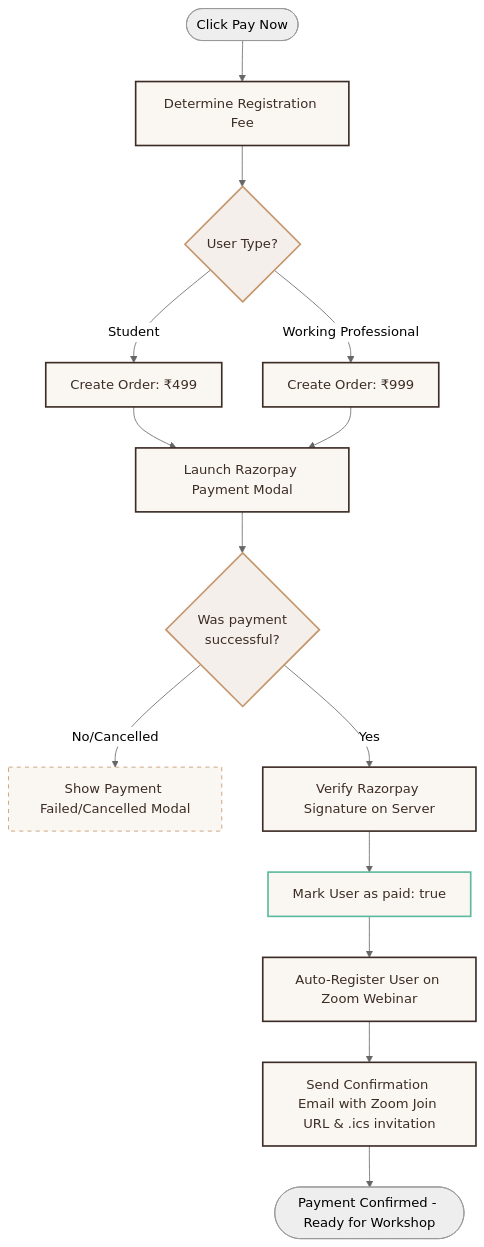
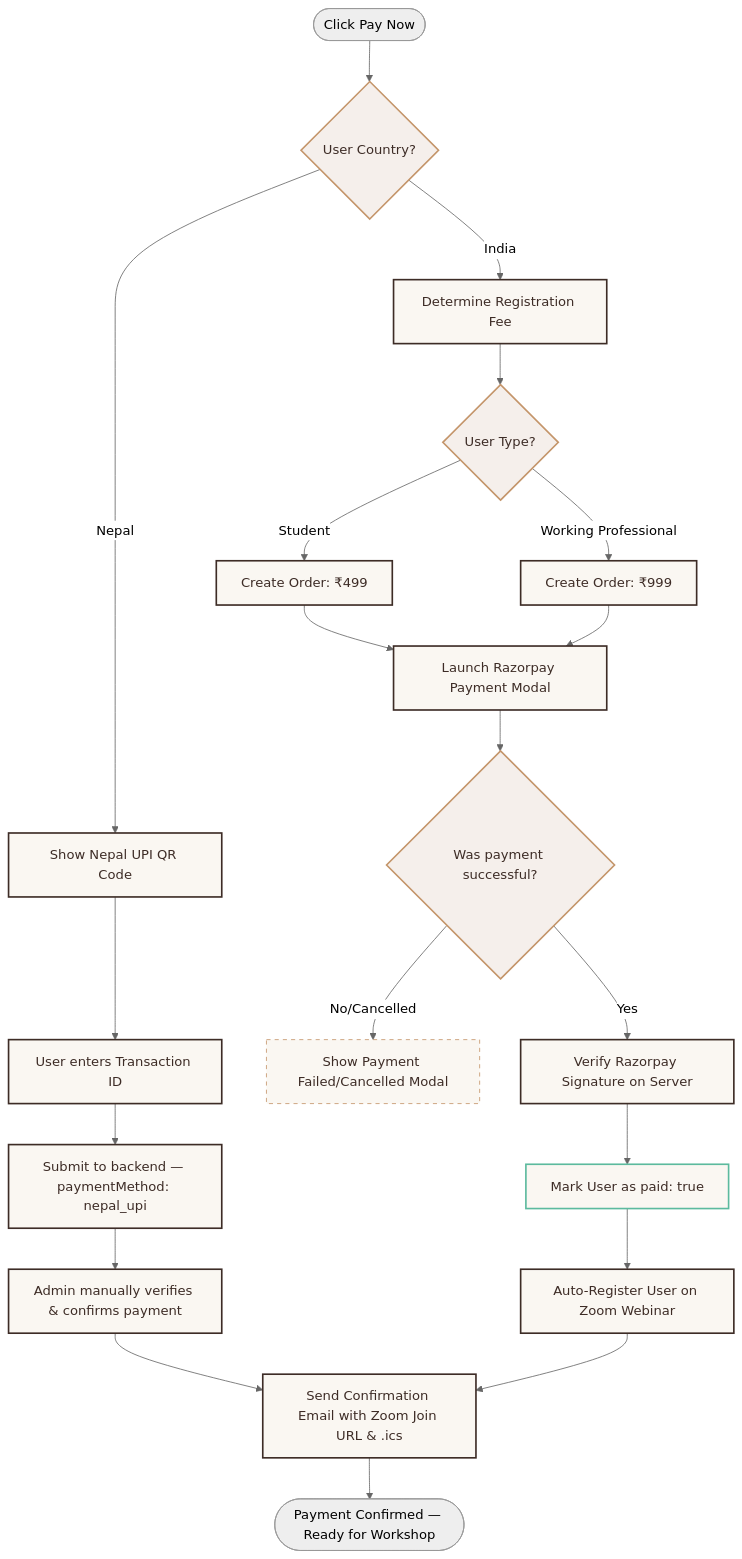
Before and after one commit to akshayaav246-collab/LeadwithAI: the third of 3 diagrams in README.md, drawn with Mermaid (neutral theme). The commit also changed other lines of this file and 11 other files, not shown here.

````diff
--- a/README.md
+++ b/README.md
@@ -247,24 +251,31 @@
 ```mermaid
 graph TD
     classDef step fill:#FAF7F2,stroke:#3D2C26,stroke-width:2px,color:#3D2C26;
     classDef decision fill:#F5EFEB,stroke:#C4956A,stroke-width:2px,color:#3D2C26;
     classDef success fill:#FAF7F2,stroke:#5CBA9E,stroke-width:2px,color:#3D2C26;
     classDef error fill:#FAF7F2,stroke:#C4956A,stroke-dasharray: 5 5,color:#3D2C26;
 
-    Start([Click Pay Now]) --> CheckType[Determine Registration Fee]:::step
+    Start([Click Pay Now]) --> CountryBranch{User Country?}:::decision
+
+    %% Nepal Branch
+    CountryBranch -->|Nepal| ShowQR[Show Nepal UPI QR Code]:::step
+    ShowQR --> EnterTxnId[User enters Transaction ID]:::step
+    EnterTxnId --> SubmitTxn[Submit to backend — paymentMethod: nepal_upi]:::step
+    SubmitTxn --> AdminVerify[Admin manually verifies & confirms payment]:::step
+    AdminVerify --> ConfirmEmail[Send Confirmation Email with Zoom Join URL & .ics]:::step
+
+    %% India Branch
+    CountryBranch -->|India| CheckType[Determine Registration Fee]:::step
     CheckType --> Fee{User Type?}:::decision
     Fee -->|Student| OrderStudent[Create Order: ₹499]:::step
     Fee -->|Working Professional| OrderProfessional[Create Order: ₹999]:::step
-    
     OrderStudent --> PayModal[Launch Razorpay Payment Modal]:::step
     OrderProfessional --> PayModal
-    
-    PayModal --> PaymentStatus{Was payment<br>successful?}:::decision
+    PayModal --> PaymentStatus{Was payment successful?}:::decision
     PaymentStatus -->|No/Cancelled| ShowError[Show Payment Failed/Cancelled Modal]:::error
     PaymentStatus -->|Yes| VerifySignature[Verify Razorpay Signature on Server]:::step
-    
     VerifySignature --> UpdateDB[Mark User as paid: true]:::success
     UpdateDB --> ZoomRegister[Auto-Register User on Zoom Webinar]:::step
-    ZoomRegister --> ConfirmEmail[Send Confirmation Email with Zoom Join URL & .ics invitation]:::step
-    ConfirmEmail --> End([Payment Confirmed - Ready for Workshop])
+    ZoomRegister --> ConfirmEmail
+    ConfirmEmail --> End([Payment Confirmed — Ready for Workshop])
 ```
````
